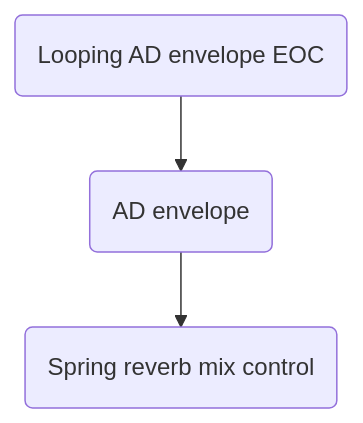
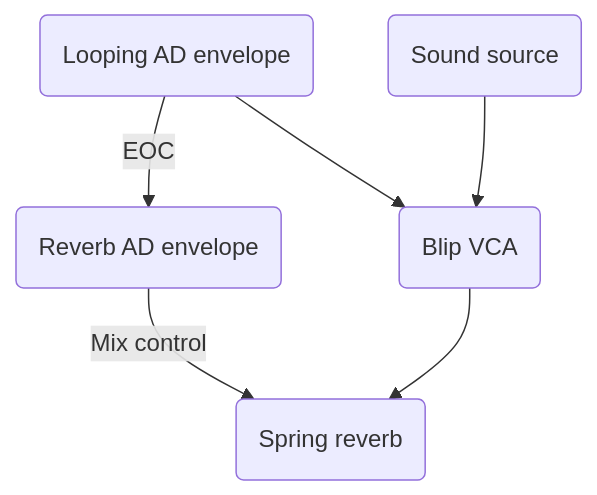
One commit to aidanreilly/man_synth changed the fourth of 4 diagrams in _drafts/spring-thing.md. Above: the diagram before and after it, drawn with Mermaid. The commit also changed other lines of this file and 1 other file, not shown here.

```diff
--- a/_drafts/spring-thing.md
+++ b/_drafts/spring-thing.md
@@ -61,5 +61,8 @@
 <div class="mermaid">
 graph TD;
-A(Looping AD envelope EOC) --> B(AD envelope)
-B(AD envelope)-->C(Spring reverb mix control)
+A(Looping AD envelope) -->|EOC| B(Reverb AD envelope)
+B(Reverb AD envelope)-->|Mix control|D(Spring reverb)
+A(Looping AD envelope)-->E(Blip VCA)
+E(Blip VCA)-->D(Spring reverb)
+F(Sound source)-->E(Blip VCA)
 </div>
```
